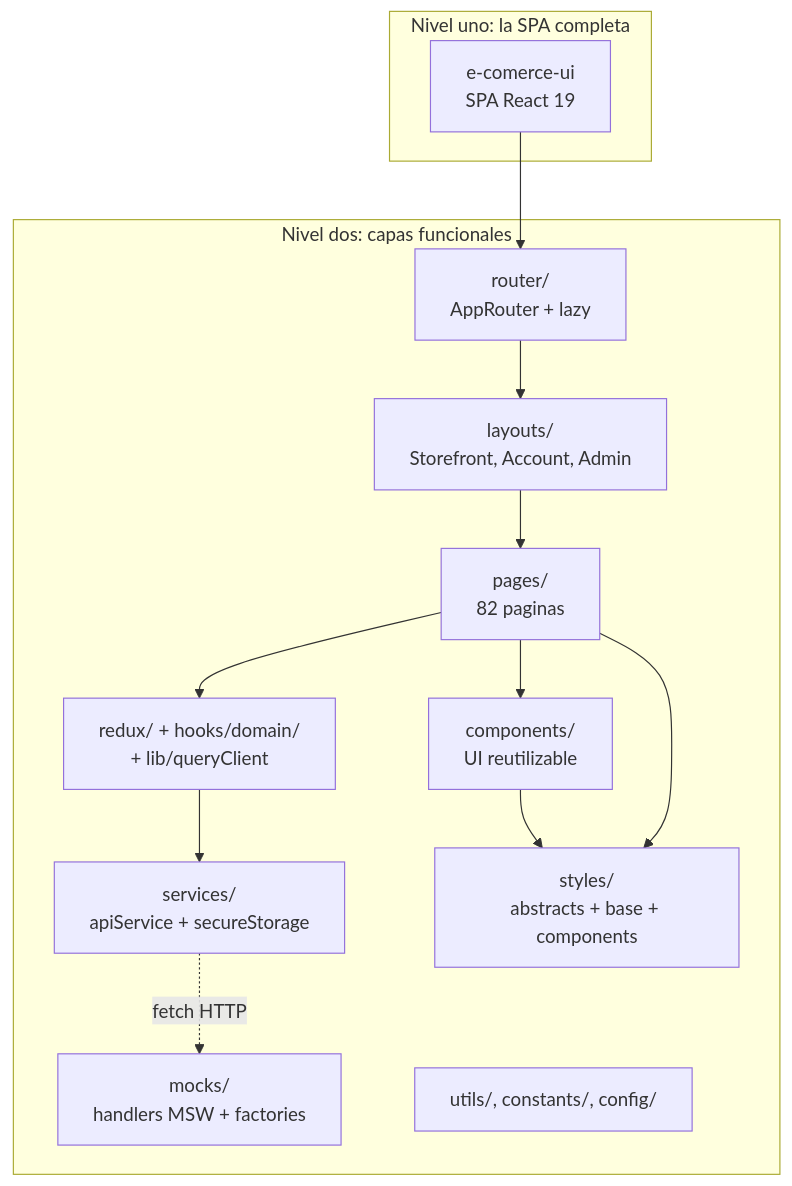
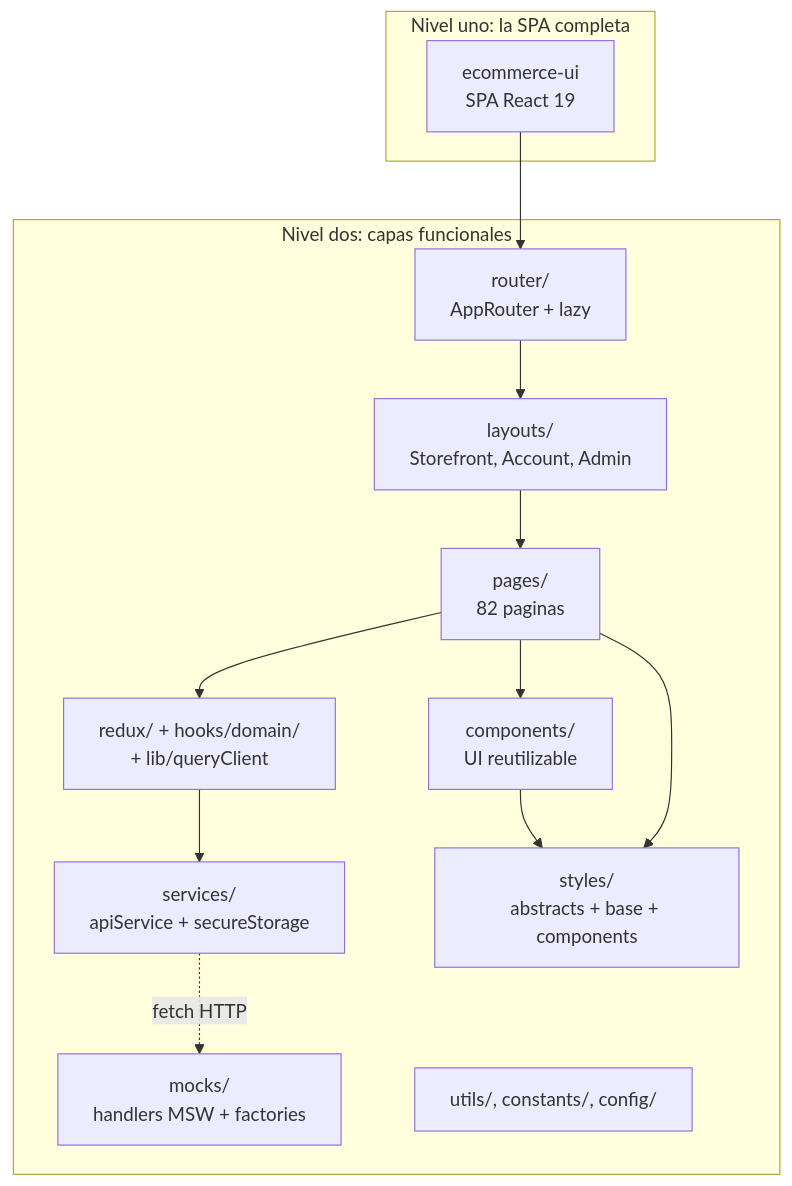
One commit to jcg-admin/template-ecommerce-ui changed the first of 2 diagrams in docs/vista-de-bloques-de-construccion/vista-de-bloques-de-construccion.md. Above: the diagram before and after it, drawn with Mermaid. The commit also changed 251 other files, not shown here.

First line of the commit message:
Rename e-comerce-ui to ecommerce-ui (F3)

````diff
--- a/docs/vista-de-bloques-de-construccion/vista-de-bloques-de-construccion.md
+++ b/docs/vista-de-bloques-de-construccion/vista-de-bloques-de-construccion.md
@@ -9,28 +9,28 @@
 ```mermaid
 flowchart TB
     subgraph nivel_uno [Nivel uno: la SPA completa]
-        SPA["e-comerce-ui<br/>SPA React 19"]
+        SPA["ecommerce-ui<br/>SPA React 19"]
     end
 
     subgraph nivel_dos [Nivel dos: capas funcionales]
         Router["router/<br/>AppRouter + lazy"]
         Layouts["layouts/<br/>Storefront, Account, Admin"]
         Pages["pages/<br/>82 paginas"]
         Components["components/<br/>UI reutilizable"]
         State["redux/ + hooks/domain/<br/>+ lib/queryClient"]
         Services["services/<br/>apiService + secureStorage"]
         Mocks["mocks/<br/>handlers MSW + factories"]
         Styles["styles/<br/>abstracts + base + components"]
         Utils["utils/, constants/, config/"]
     end
 
     SPA --> Router
     Router --> Layouts
     Layouts --> Pages
     Pages --> Components
     Pages --> State
     State --> Services
     Services -. fetch HTTP .-> Mocks
     Components --> Styles
     Pages --> Styles
 ```
````
